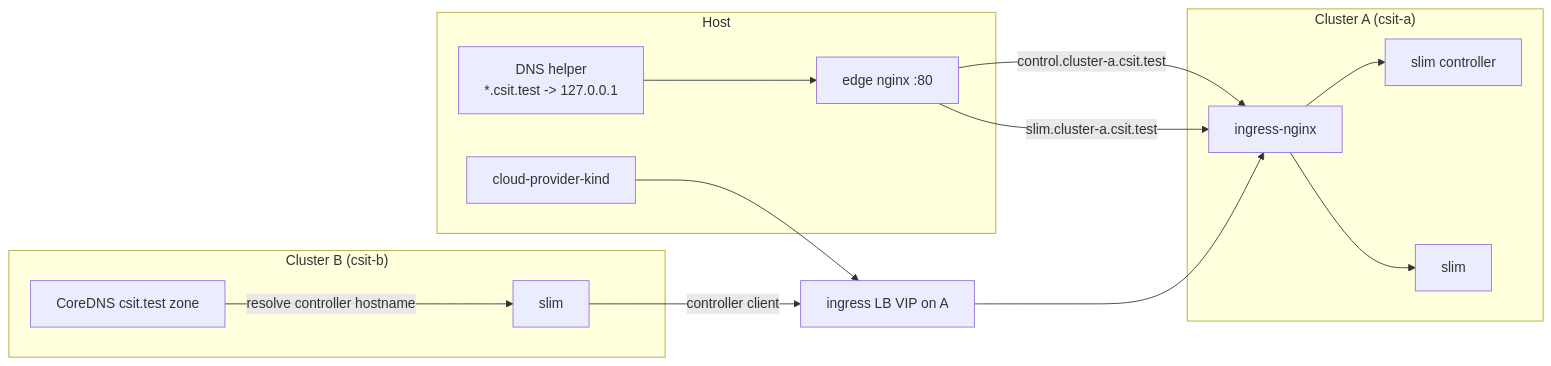
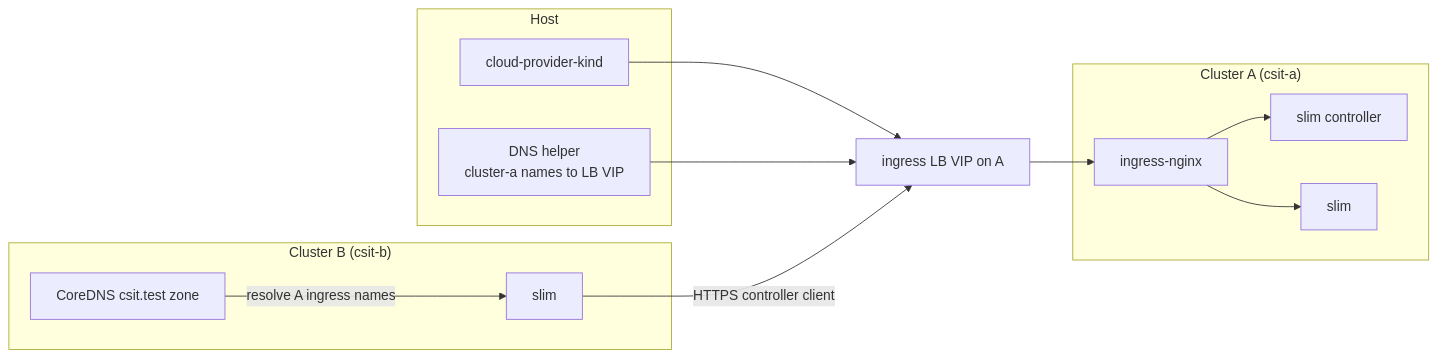
One commit to agntcy/csit changed the diagram in kind-slim-multi-host/README.md. Above: the diagram before and after it, drawn with Mermaid. The commit also changed other lines of this file and 14 other files, not shown here.

Commit message:
feat(kind-slim): expose cluster-a ingress via lb vip with dns helper and verification

````diff
--- a/kind-slim-multi-host/README.md
+++ b/kind-slim-multi-host/README.md
@@ -73,29 +93,26 @@
 ```mermaid
 flowchart LR
   subgraph H["Host"]
     CP["cloud-provider-kind"]
-    D["DNS helper<br/>*.csit.test -> 127.0.0.1"]
-    E["edge nginx :80"]
+    D["DNS helper<br/>cluster-a names to LB VIP"]
   end
-  D --> E
   CP --> LBA["ingress LB VIP on A"]
+  D --> LBA
 
   subgraph clusterA ["Cluster A (csit-a)"]
     AIN["ingress-nginx"]
     CTR["slim controller"]
     SLA["slim"]
   end
 
   subgraph clusterB ["Cluster B (csit-b)"]
     BCD["CoreDNS csit.test zone"]
     SLB["slim"]
   end
 
-  E -->|"control.cluster-a.csit.test"| AIN
-  E -->|"slim.cluster-a.csit.test"| AIN
   LBA --> AIN
   AIN --> CTR
   AIN --> SLA
-  SLB -->|"controller client"| LBA
-  BCD -->|"resolve controller hostname"| SLB
+  SLB -->|"HTTPS controller client"| LBA
+  BCD -->|"resolve A ingress names"| SLB
 ```
````
